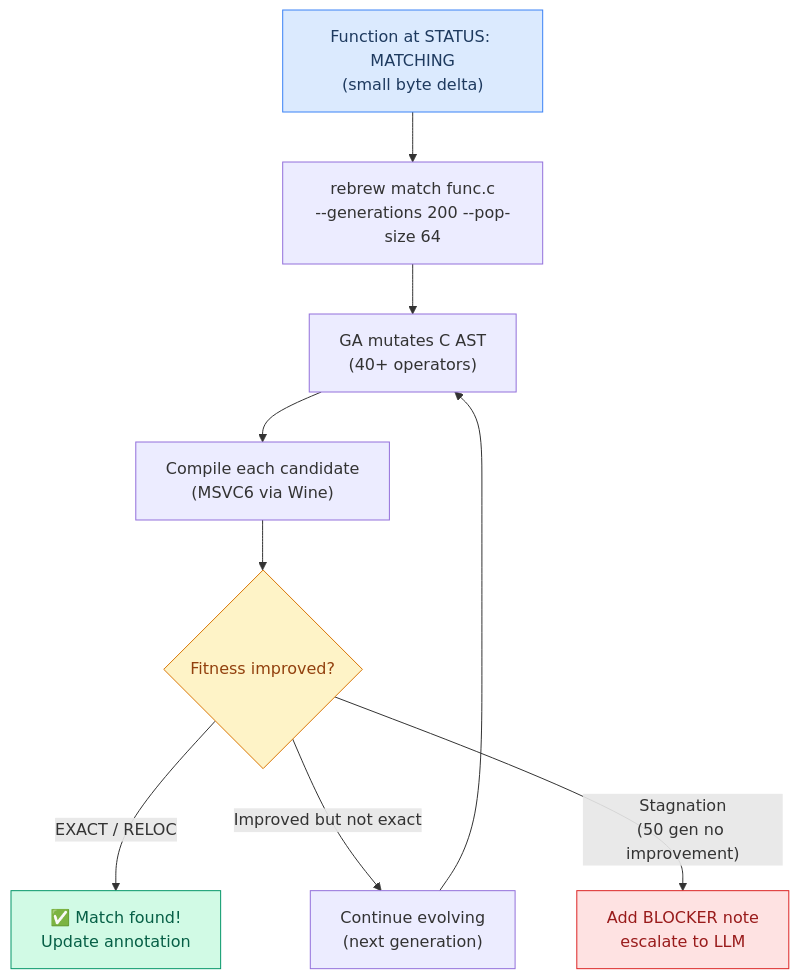
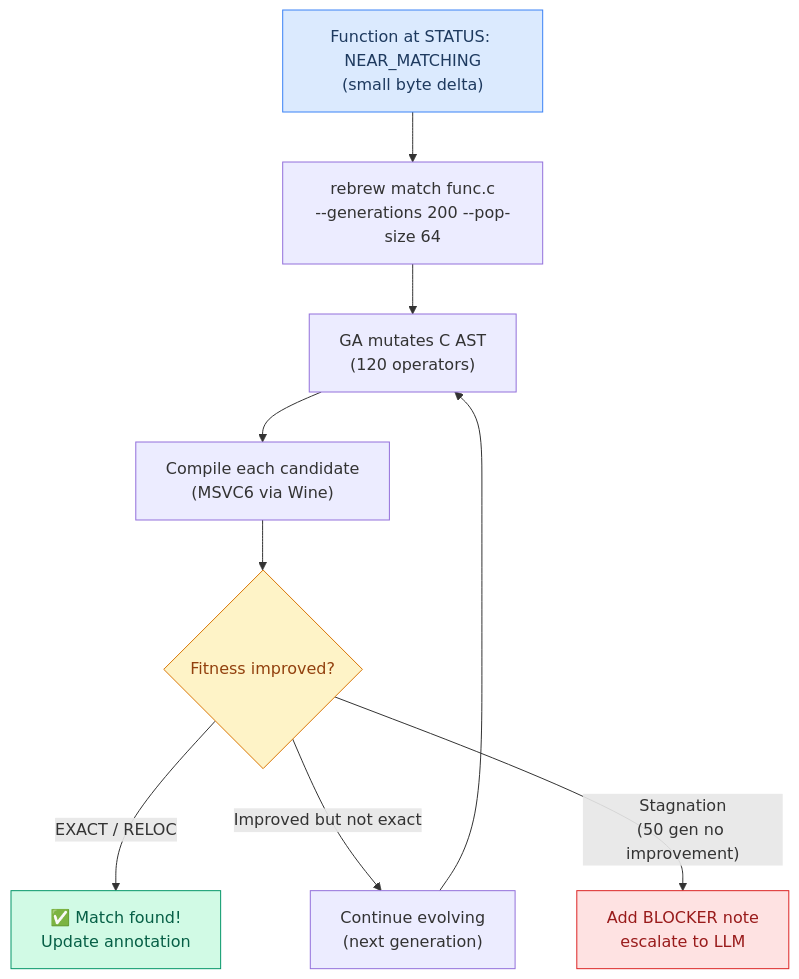
The fifth of 16 diagrams in docs/USER_STORIES.md (maci0/rebrew), drawn with Mermaid before and after one commit. The commit also changed other lines of this file and 81 other files, not shown here.

````diff
--- a/docs/USER_STORIES.md
+++ b/docs/USER_STORIES.md
@@ -152,16 +152,16 @@
 ```mermaid
 graph TD
-    A["Function at STATUS: MATCHING<br/>(small byte delta)"] --> B["rebrew match func.c<br/>--generations 200 --pop-size 64"]
-    B --> C["GA mutates C AST<br/>(40+ operators)"]
+    A["Function at STATUS: NEAR_MATCHING<br/>(small byte delta)"] --> B["rebrew match func.c<br/>--generations 200 --pop-size 64"]
+    B --> C["GA mutates C AST<br/>(120 operators)"]
     C --> D["Compile each candidate<br/>(MSVC6 via Wine)"]
     D --> E{"Fitness improved?"}
     E -->|"EXACT / RELOC"| F["✅ Match found!<br/>Update annotation"]
     E -->|"Improved but not exact"| G["Continue evolving<br/>(next generation)"]
     E -->|"Stagnation<br/>(50 gen no improvement)"| H["Add BLOCKER note<br/>escalate to LLM"]
     G --> C
 
     style A fill:#dbeafe,stroke:#3b82f6,color:#1e3a5f
     style F fill:#d1fae5,stroke:#059669,color:#065f46
     style H fill:#fee2e2,stroke:#dc2626,color:#991b1b
     style E fill:#fef3c7,stroke:#d97706,color:#92400e
 ```
````
